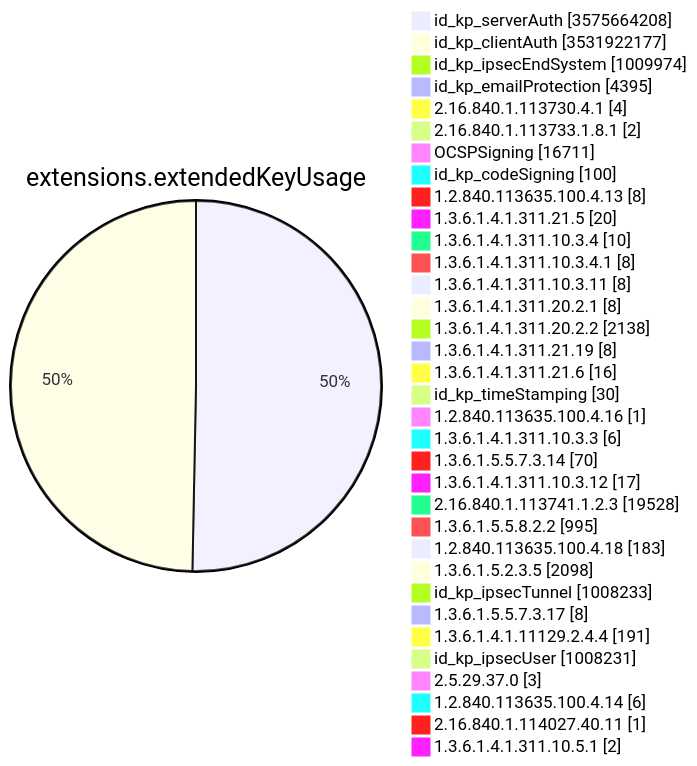
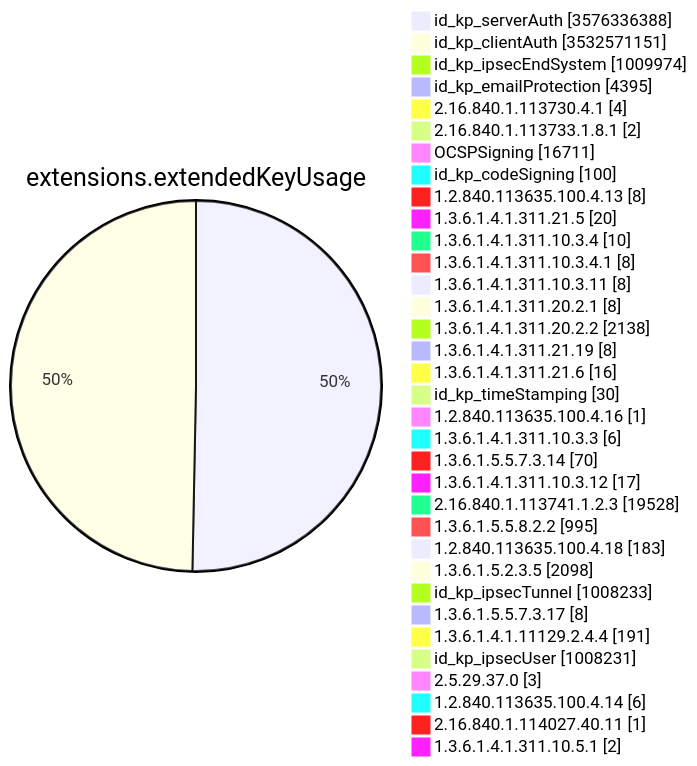
Before and after one commit to christiankrug/ctmonitor_visualization: diagram 11 of 15 in TOTAL/README.md, drawn with Mermaid. The commit also changed other lines of this file, not shown here.

````diff
--- a/TOTAL/README.md
+++ b/TOTAL/README.md
@@ -4128,38 +4128,38 @@
 ```mermaid
 pie showData
 title extensions.extendedKeyUsage
-"id_kp_serverAuth" :3575664208
-"id_kp_clientAuth" :3531922177
+"id_kp_serverAuth" :3576336388
+"id_kp_clientAuth" :3532571151
 "id_kp_ipsecEndSystem" :1009974
 "id_kp_emailProtection" :4395
 "2.16.840.1.113730.4.1" :4
 "2.16.840.1.113733.1.8.1" :2
 "OCSPSigning" :16711
 "id_kp_codeSigning" :100
 "1.2.840.113635.100.4.13" :8
 "1.3.6.1.4.1.311.21.5" :20
 "1.3.6.1.4.1.311.10.3.4" :10
 "1.3.6.1.4.1.311.10.3.4.1" :8
 "1.3.6.1.4.1.311.10.3.11" :8
 "1.3.6.1.4.1.311.20.2.1" :8
 "1.3.6.1.4.1.311.20.2.2" :2138
 "1.3.6.1.4.1.311.21.19" :8
 "1.3.6.1.4.1.311.21.6" :16
 "id_kp_timeStamping" :30
 "1.2.840.113635.100.4.16" :1
 "1.3.6.1.4.1.311.10.3.3" :6
 "1.3.6.1.5.5.7.3.14" :70
 "1.3.6.1.4.1.311.10.3.12" :17
 "2.16.840.1.113741.1.2.3" :19528
 "1.3.6.1.5.5.8.2.2" :995
 "1.2.840.113635.100.4.18" :183
 "1.3.6.1.5.2.3.5" :2098
 "id_kp_ipsecTunnel" :1008233
 "1.3.6.1.5.5.7.3.17" :8
 "1.3.6.1.4.1.11129.2.4.4" :191
 "id_kp_ipsecUser" :1008231
 "2.5.29.37.0" :3
 "1.2.840.113635.100.4.14" :6
 "2.16.840.1.114027.40.11" :1
 "1.3.6.1.4.1.311.10.5.1" :2
 ```
````
